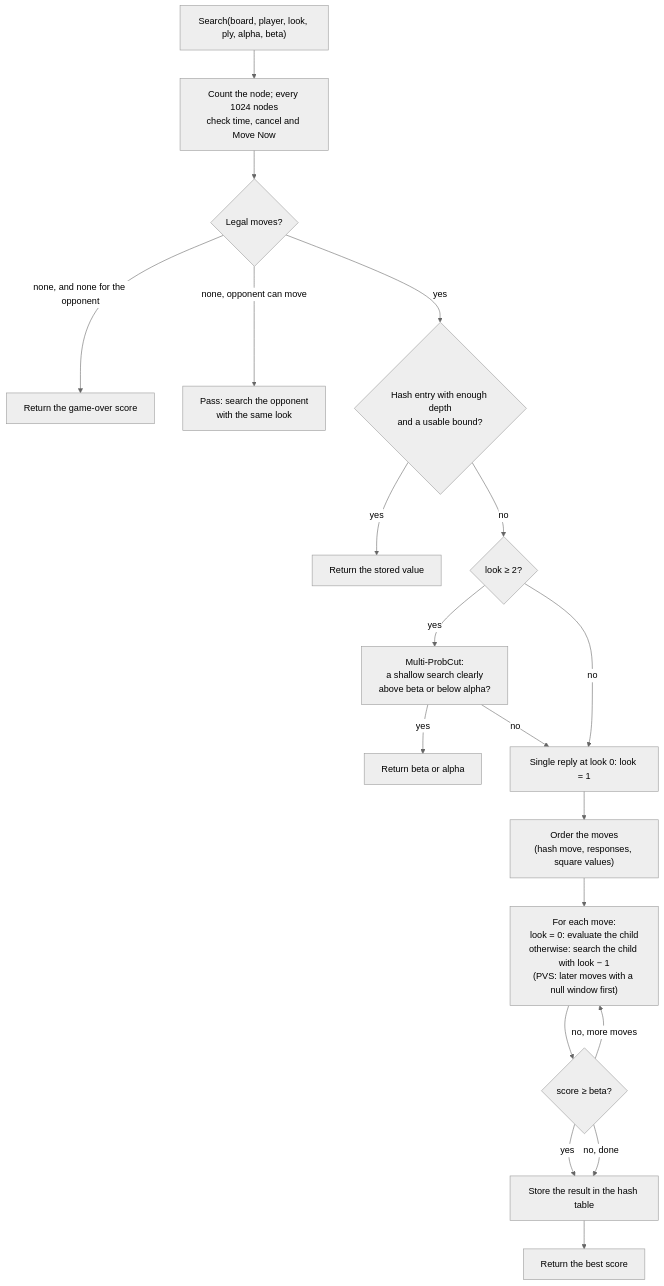
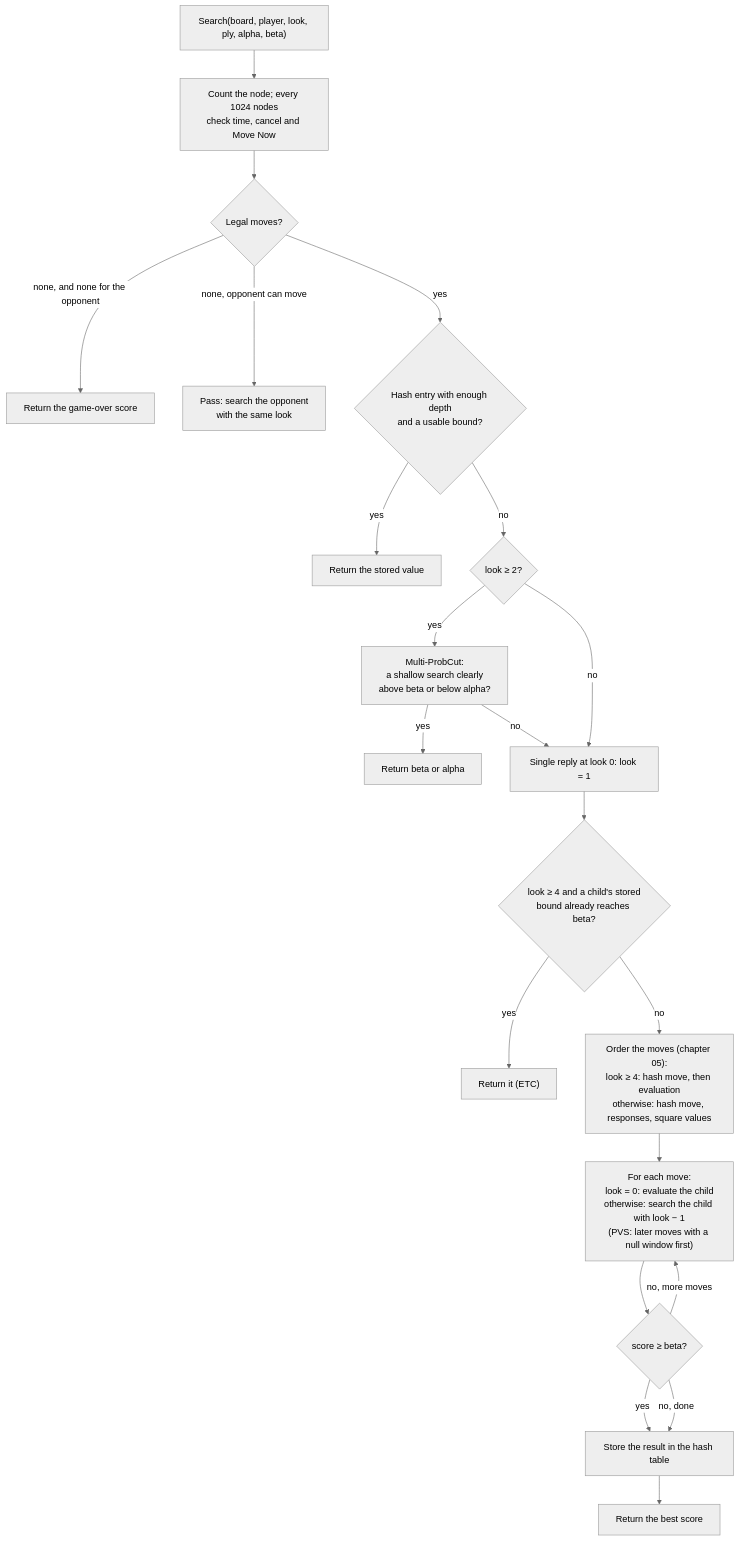
Before and after one commit to cjp-dev/Stello: the second of 3 diagrams in docs/brain/06-midgame-search.md, drawn with Mermaid (neutral theme). The commit also changed other lines of this file and 30 other files, not shown here.

First line of the commit message:
Stello 2.x phase 5, item 4: evaluation ordering and midgame ETC

````diff
--- a/docs/brain/06-midgame-search.md
+++ b/docs/brain/06-midgame-search.md
@@ -96,21 +96,23 @@
 ```mermaid
 flowchart TD
     N["Search(board, player, look, ply, alpha, beta)"] --> Count["Count the node; every 1024 nodes<br/>check time, cancel and Move Now"]
     Count --> Legal{"Legal moves?"}
     Legal -- "none, and none for the opponent" --> Over["Return the game-over score"]
     Legal -- "none, opponent can move" --> PassNode["Pass: search the opponent<br/>with the same look"]
     Legal -- "yes" --> Hash{"Hash entry with enough depth<br/>and a usable bound?"}
     Hash -- "yes" --> HashCut["Return the stored value"]
     Hash -- "no" --> Sel{"look ≥ 2?"}
     Sel -- "yes" --> SelTest["Multi-ProbCut:<br/>a shallow search clearly<br/>above beta or below alpha?"]
     SelTest -- "yes" --> SelCut["Return beta or alpha"]
     SelTest -- "no" --> Ext
     Sel -- "no" --> Ext["Single reply at look 0: look = 1"]
-    Ext --> Order["Order the moves<br/>(hash move, responses, square values)"]
+    Ext --> Etc{"look ≥ 4 and a child's stored<br/>bound already reaches beta?"}
+    Etc -- "yes" --> EtcCut["Return it (ETC)"]
+    Etc -- "no" --> Order["Order the moves (chapter 05):<br/>look ≥ 4: hash move, then evaluation<br/>otherwise: hash move, responses, square values"]
     Order --> Loop["For each move:<br/>look = 0: evaluate the child<br/>otherwise: search the child with look − 1<br/>(PVS: later moves with a null window first)"]
     Loop --> Cut{"score ≥ beta?"}
     Cut -- "yes" --> Store
     Cut -- "no, more moves" --> Loop
     Cut -- "no, done" --> Store["Store the result in the hash table"]
     Store --> Ret["Return the best score"]
 ```
````
